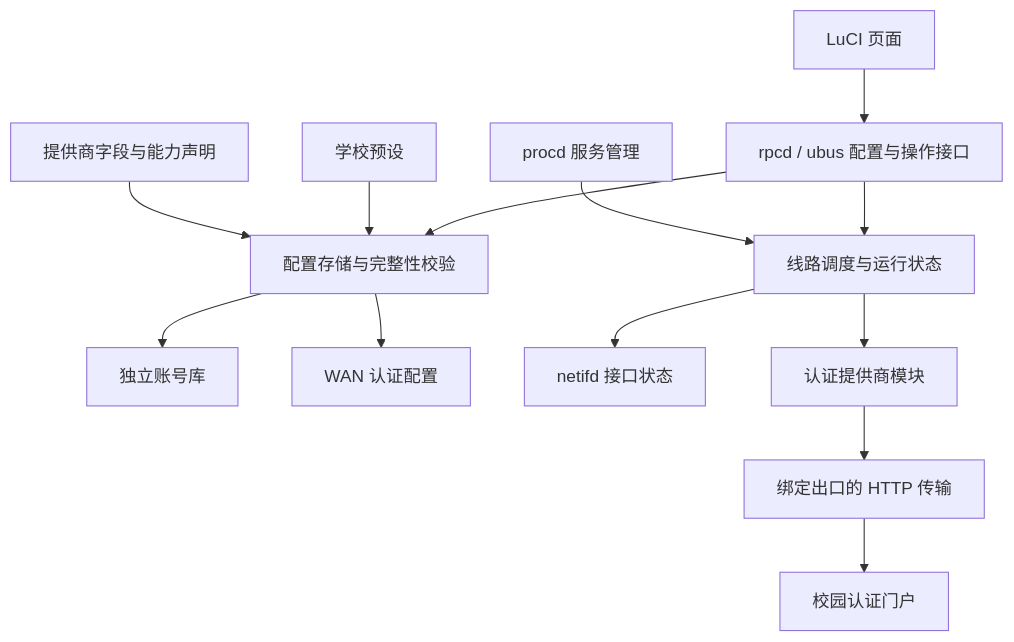
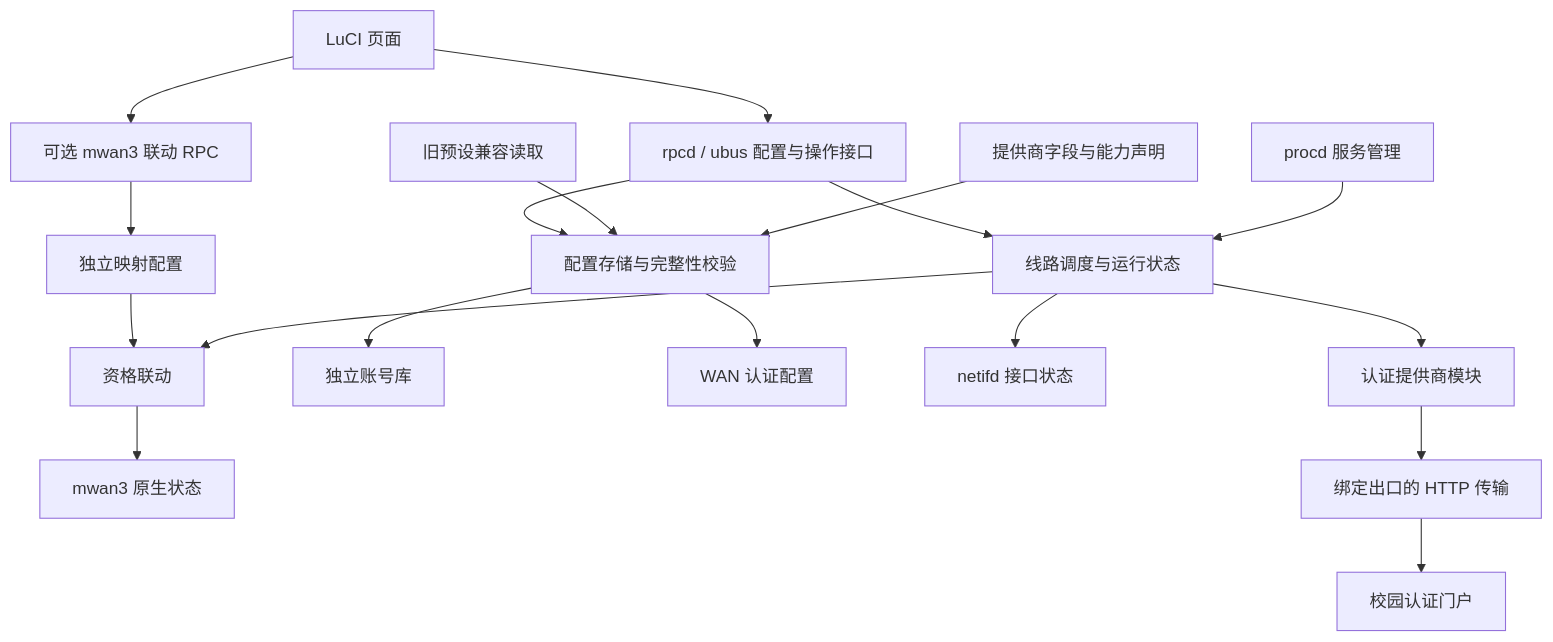
The first of 2 diagrams in docs/Architecture.md (arctan303/CampusLink), drawn with Mermaid before and after one commit. The commit also changed other lines of this file and 66 other files, not shown here.

````diff
--- a/docs/Architecture.md
+++ b/docs/Architecture.md
@@ -13,15 +17,20 @@
 ```mermaid
 flowchart TD
     UI[LuCI 页面] --> RPC[rpcd / ubus 配置与操作接口]
+    UI --> MWRPC[可选 mwan3 联动 RPC]
+    MWRPC --> MWMAP[独立映射配置]
+    MWMAP --> BRIDGE[资格联动]
+    CORE --> BRIDGE
+    BRIDGE --> MWAN[mwan3 原生状态]
     RPC --> STORE[配置存储与完整性校验]
     RPC --> CORE[线路调度与运行状态]
     STORE --> ACC[独立账号库]
     STORE --> CONN[WAN 认证配置]
     CORE --> NET[netifd 接口状态]
     CORE --> PROV[认证提供商模块]
-    SCHOOL[学校预设] --> STORE
+    SCHOOL[旧预设兼容读取] --> STORE
     META[提供商字段与能力声明] --> STORE
     PROV --> HTTP[绑定出口的 HTTP 传输]
     HTTP --> PORTAL[校园认证门户]
     INIT[procd 服务管理] --> CORE
 ```
````
